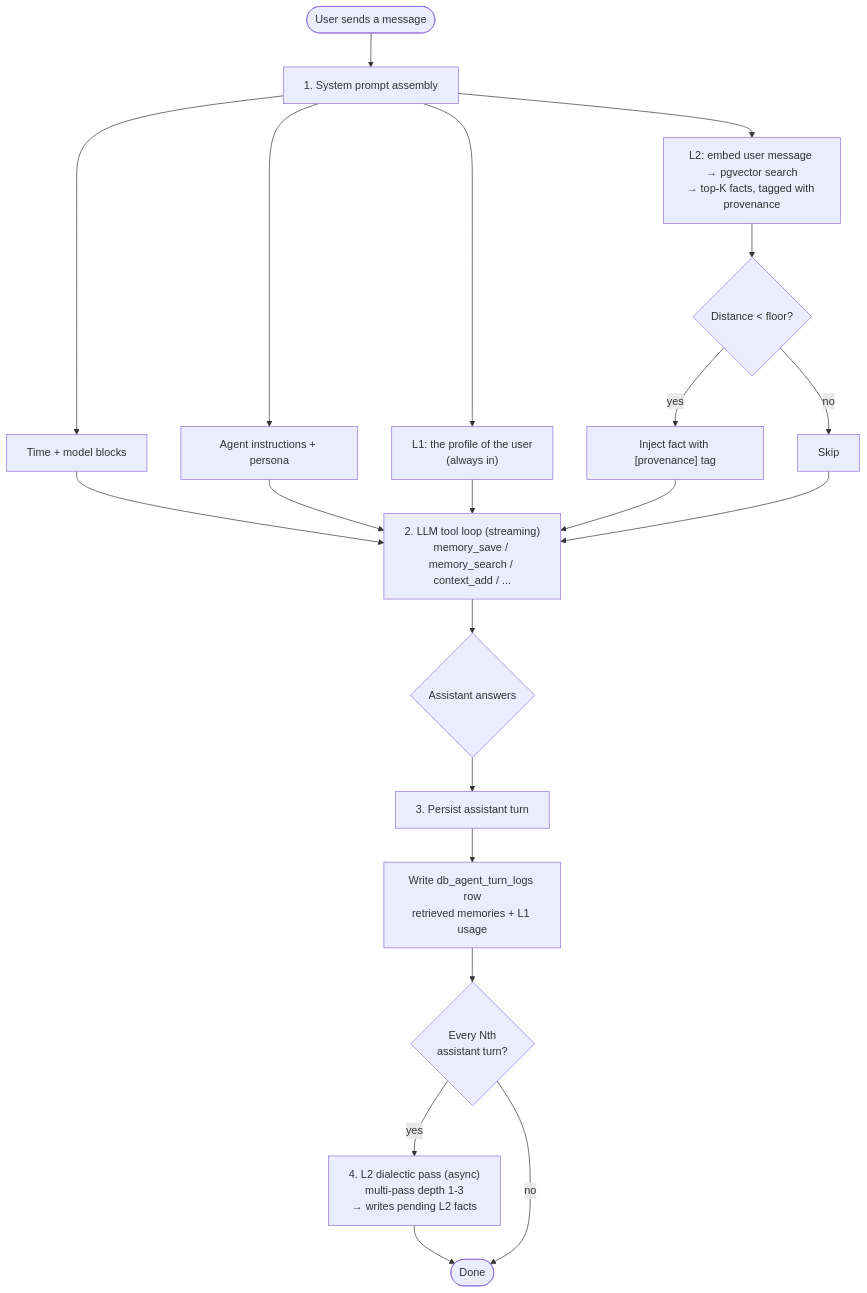
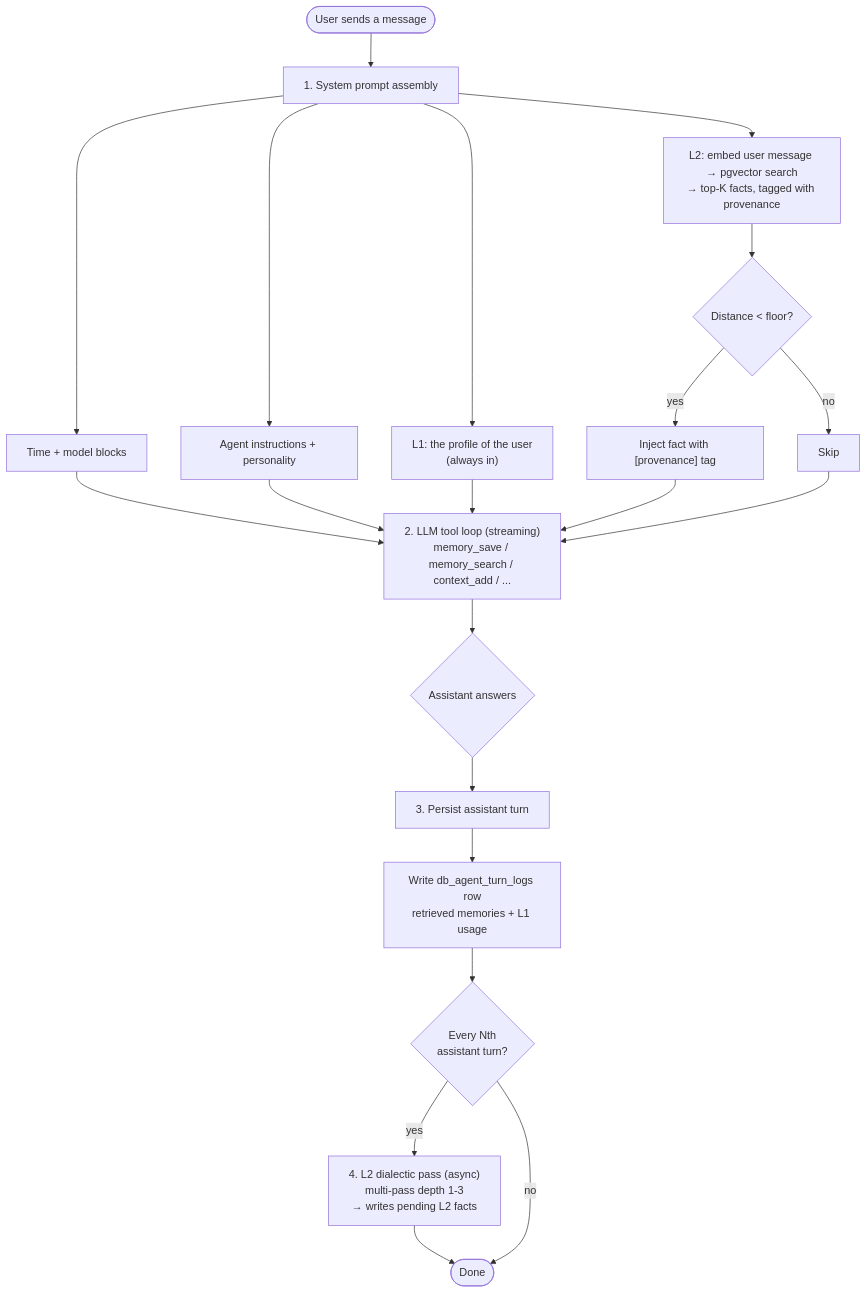
The diagram in frontend/src/docs/content/agent-memory.md (frdcmp/piuma-vault), drawn with Mermaid before and after one commit. The commit also changed other lines of this file and 22 other files, not shown here.

````diff
--- a/frontend/src/docs/content/agent-memory.md
+++ b/frontend/src/docs/content/agent-memory.md
@@ -44,27 +44,27 @@
 ```mermaid
 flowchart TD
     Start([User sends a message]) --> SP[1. System prompt assembly]
     SP --> SP1[Time + model blocks]
-    SP --> SP2[Agent instructions + persona]
+    SP --> SP2[Agent instructions + personality]
     SP --> SP3["L1: the profile of the user<br/>(always in)"]
     SP --> SP4["L2: embed user message → pgvector search<br/>→ top-K facts, tagged with provenance"]
     SP4 --> SP4a{Distance &lt; floor?}
     SP4a -->|yes| SP4b["Inject fact with [provenance] tag"]
     SP4a -->|no| SP4c[Skip]
     SP3 --> Loop
     SP4b --> Loop
     SP2 --> Loop
     SP1 --> Loop
     SP4c --> Loop
 
     Loop["2. LLM tool loop (streaming)<br/>memory_save / memory_search / context_add / ..."]
     Loop --> Answer{Assistant answers}
 
     Answer --> Persist[3. Persist assistant turn]
     Persist --> Log[Write db_agent_turn_logs row<br/>retrieved memories + L1 usage]
 
     Log --> Cadence{Every Nth<br/>assistant turn?}
     Cadence -->|yes| Dia["4. L2 dialectic pass (async)<br/>multi-pass depth 1-3<br/>→ writes pending L2 facts"]
     Cadence -->|no| Done([Done])
     Dia --> Done
 ```
````
